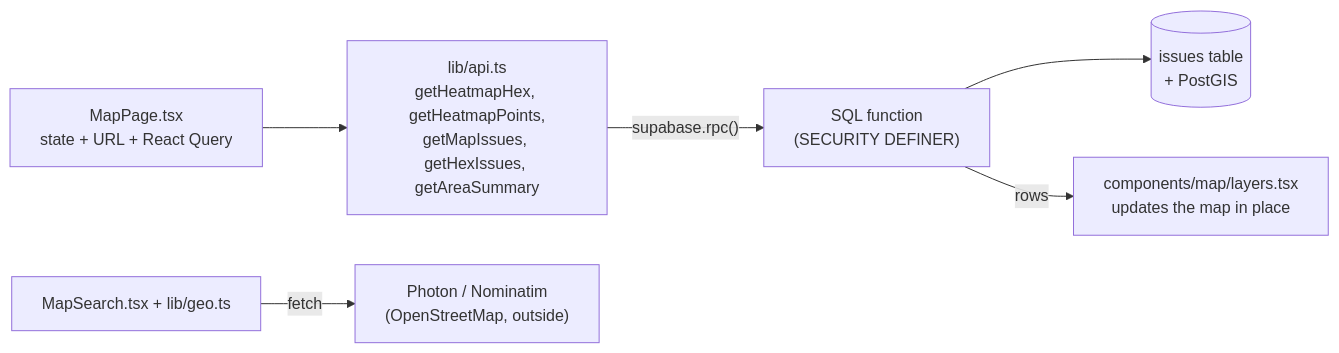
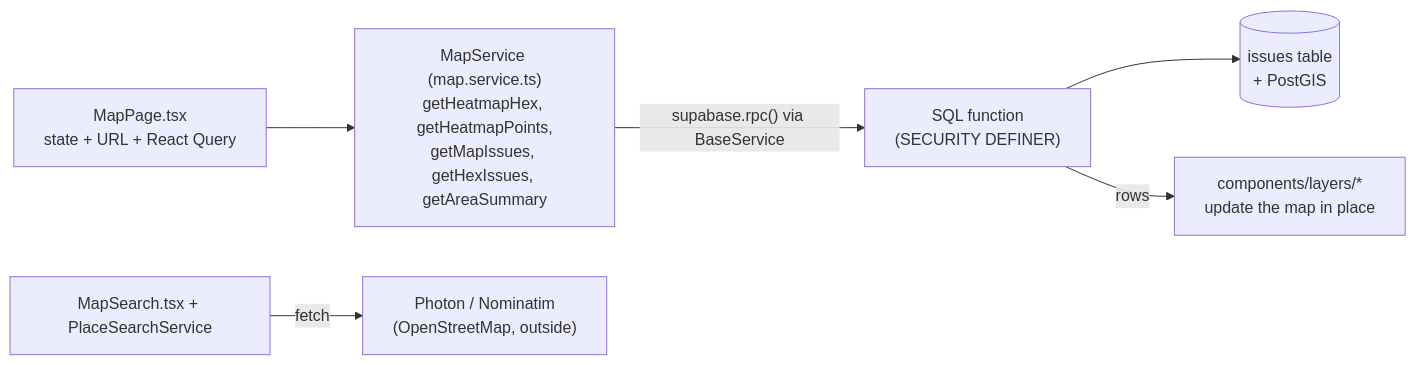
One commit to aksanX/SPL_II_AmarShohor changed the diagram in docs/MAP_GUIDE.md. Above: the diagram before and after it, drawn with Mermaid. The commit also changed other lines of this file, not shown here.

Commit message:
Docs: the map guide points at the new feature folders

````diff
--- a/docs/MAP_GUIDE.md
+++ b/docs/MAP_GUIDE.md
@@ -27,8 +27,8 @@
 ```mermaid
 flowchart LR
-  A["MapPage.tsx<br/>state + URL + React Query"] --> B["lib/api.ts<br/>getHeatmapHex, getHeatmapPoints,<br/>getMapIssues, getHexIssues, getAreaSummary"]
-  B -->|"supabase.rpc()"| C["SQL function<br/>(SECURITY DEFINER)"]
+  A["MapPage.tsx<br/>state + URL + React Query"] --> B["MapService (map.service.ts)<br/>getHeatmapHex, getHeatmapPoints,<br/>getMapIssues, getHexIssues, getAreaSummary"]
+  B -->|"supabase.rpc() via BaseService"| C["SQL function<br/>(SECURITY DEFINER)"]
   C --> D[("issues table<br/>+ PostGIS")]
-  C -->|rows| E["components/map/layers.tsx<br/>updates the map in place"]
-  F["MapSearch.tsx + lib/geo.ts"] -->|fetch| G["Photon / Nominatim<br/>(OpenStreetMap, outside)"]
+  C -->|rows| E["components/layers/*<br/>update the map in place"]
+  F["MapSearch.tsx + PlaceSearchService"] -->|fetch| G["Photon / Nominatim<br/>(OpenStreetMap, outside)"]
 ```
````
